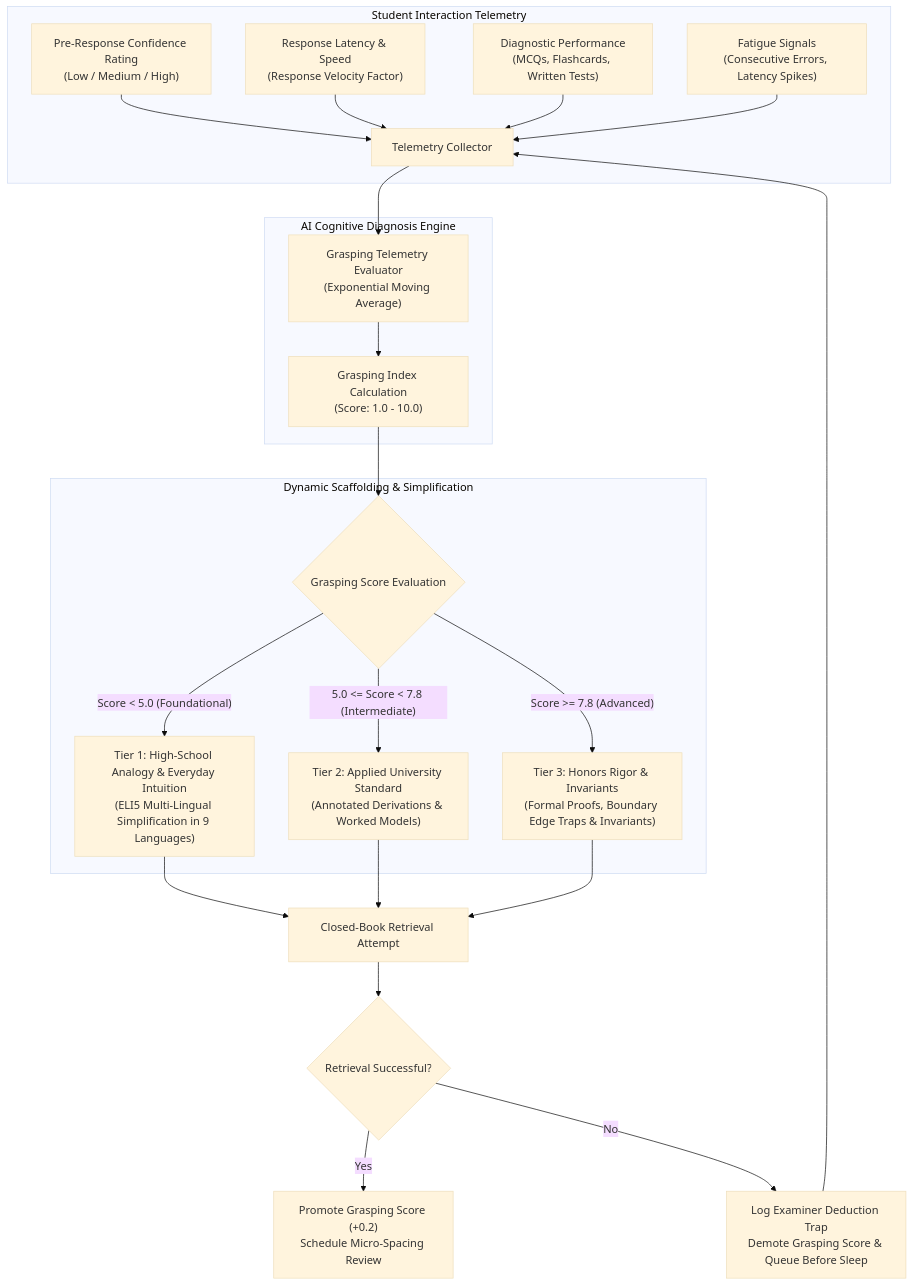
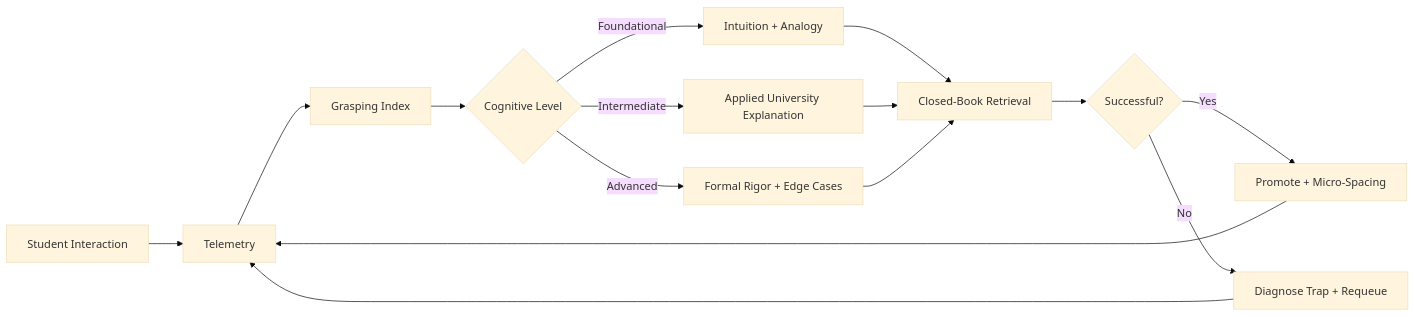
The first of 3 diagrams in README.md (kashyapdayal/Sarvajna), drawn with Mermaid (base theme) before and after one commit. The commit also changed other lines of this file and 3 other files, not shown here.

````diff
--- a/README.md
+++ b/README.md
@@ -35,29 +125,22 @@
 ```mermaid
-flowchart TD
-    subgraph StudentInteraction ["Student Interaction Telemetry"]
-        A["Pre-Response Confidence Rating<br/>(Low / Medium / High)"] --> D["Telemetry Collector"]
-        B["Response Latency & Speed<br/>(Response Velocity Factor)"] --> D
-        C["Diagnostic Performance<br/>(MCQs, Flashcards, Written Tests)"] --> D
-        E["Fatigue Signals<br/>(Consecutive Errors, Latency Spikes)"] --> D
-    end
+flowchart LR
+    A["Student Interaction"] --> B["Telemetry"]
+    B --> C["Grasping Index"]
+    C --> D{"Cognitive Level"}
 
-    subgraph GraspingEngine ["AI Cognitive Diagnosis Engine"]
-        D --> F["Grasping Telemetry Evaluator<br/>(Exponential Moving Average)"]
-        F --> G["Grasping Index Calculation<br/>(Score: 1.0 - 10.0)"]
-    end
+    D -->|"Foundational"| E["Intuition + Analogy"]
+    D -->|"Intermediate"| F["Applied University Explanation"]
+    D -->|"Advanced"| G["Formal Rigor + Edge Cases"]
 
-    subgraph AdaptiveScaffolding ["Dynamic Scaffolding & Simplification"]
-        G --> H{"Grasping Score Evaluation"}
-        H -- "Score < 5.0 (Foundational)" --> I["Tier 1: High-School Analogy & Everyday Intuition<br/>(ELI5 Multi-Lingual Simplification in 9 Languages)"]
-        H -- "5.0 <= Score < 7.8 (Intermediate)" --> J["Tier 2: Applied University Standard<br/>(Annotated Derivations & Worked Models)"]
-        H -- "Score >= 7.8 (Advanced)" --> K["Tier 3: Honors Rigor & Invariants<br/>(Formal Proofs, Boundary Edge Traps & Invariants)"]
-    end
+    E --> H["Closed-Book Retrieval"]
+    F --> H
+    G --> H
 
-    I --> L["Closed-Book Retrieval Attempt"]
-    J --> L
-    K --> L
-    L --> M{"Retrieval Successful?"}
-    M -- "Yes" --> N["Promote Grasping Score (+0.2)<br/>Schedule Micro-Spacing Review"]
-    M -- "No" --> O["Log Examiner Deduction Trap<br/>Demote Grasping Score & Queue Before Sleep"]
-    O --> D
+    H --> I{"Successful?"}
+
+    I -->|"Yes"| J["Promote + Micro-Spacing"]
+    I -->|"No"| K["Diagnose Trap + Requeue"]
+
+    K --> B
+    J --> B
 ```
````
